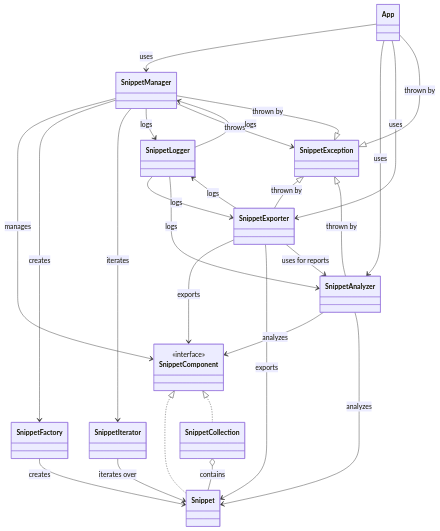
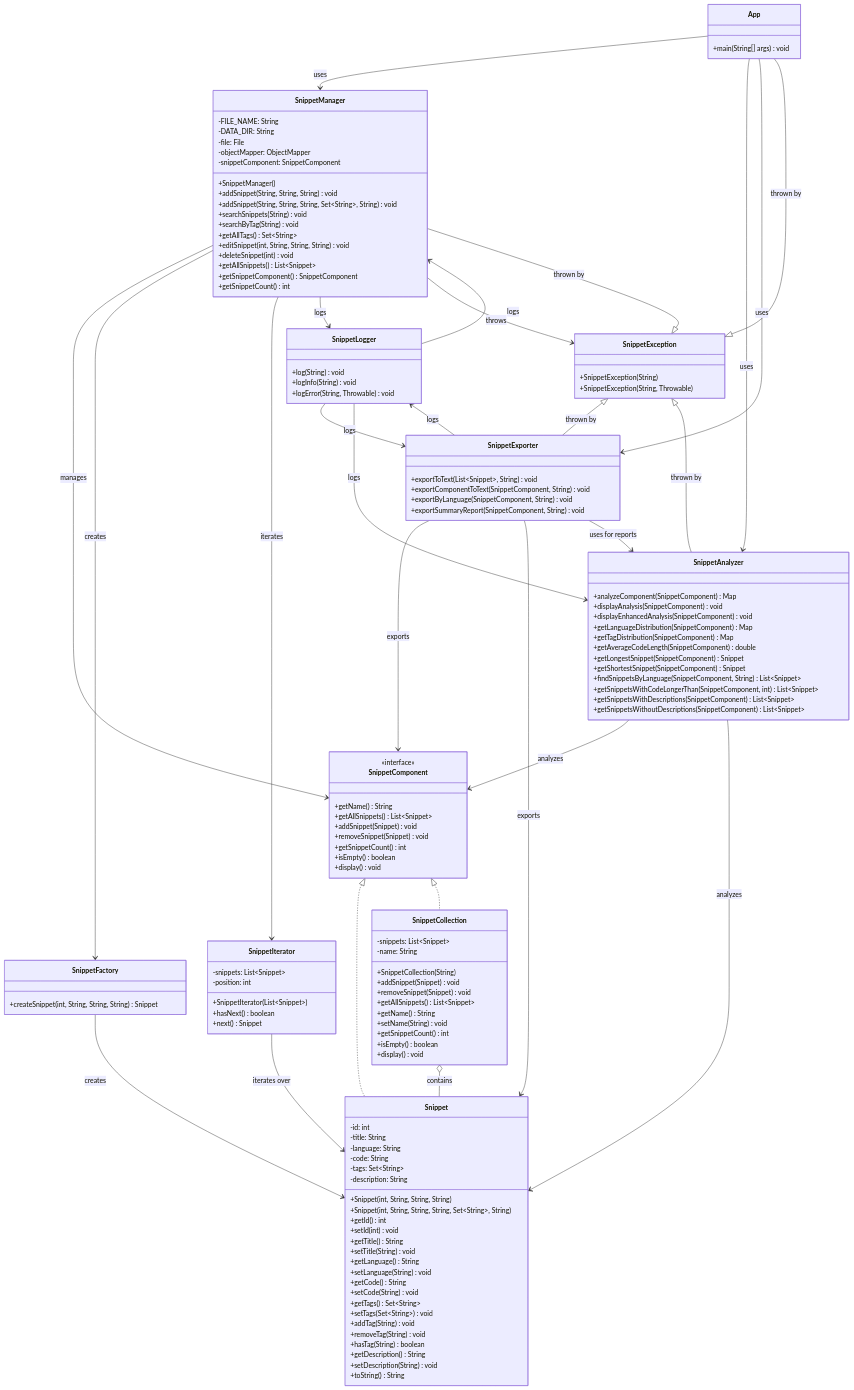
One commit to Dandastino/SnippetOrganizer changed the diagram in README.md. Above: the diagram before and after it, drawn with Mermaid.

Commit message:
README.md updated with the new changes

````diff
--- a/README.md
+++ b/README.md
@@ -157,18 +157,115 @@
 ```mermaid
 classDiagram
     %% Main Classes and Interfaces
-    class App
-    class SnippetManager
-    class SnippetComponent
-    <<interface>> SnippetComponent
-    class Snippet
-    class SnippetCollection
-    class SnippetFactory
-    class SnippetIterator
-    class SnippetAnalyzer
-    class SnippetExporter
-    class SnippetLogger
-    class SnippetException
+    class App {
+        +main(String[] args) void
+    }
+    class SnippetManager {
+        -FILE_NAME: String
+        -DATA_DIR: String
+        -file: File
+        -objectMapper: ObjectMapper
+        -snippetComponent: SnippetComponent
+        +SnippetManager()
+        +addSnippet(String, String, String) void
+        +addSnippet(String, String, String, Set~String~, String) void
+        +searchSnippets(String) void
+        +searchByTag(String) void
+        +getAllTags() Set~String~
+        +editSnippet(int, String, String, String) void
+        +deleteSnippet(int) void
+        +getAllSnippets() List~Snippet~
+        +getSnippetComponent() SnippetComponent
+        +getSnippetCount() int
+    }
+    class SnippetComponent {
+        <<interface>>
+        +getName() String
+        +getAllSnippets() List~Snippet~
+        +addSnippet(Snippet) void
+        +removeSnippet(Snippet) void
+        +getSnippetCount() int
+        +isEmpty() boolean
+        +display() void
+    }
+    class Snippet {
+        -id: int
+        -title: String
+        -language: String
+        -code: String
+        -tags: Set~String~
+        -description: String
+        +Snippet(int, String, String, String)
+        +Snippet(int, String, String, String, Set~String~, String)
+        +getId() int
+        +setId(int) void
+        +getTitle() String
+        +setTitle(String) void
+        +getLanguage() String
+        +setLanguage(String) void
+        +getCode() String
+        +setCode(String) void
+        +getTags() Set~String~
+        +setTags(Set~String~) void
+        +addTag(String) void
+        +removeTag(String) void
+        +hasTag(String) boolean
+        +getDescription() String
+        +setDescription(String) void
+        +toString() String
+    }
+    class SnippetCollection {
+        -snippets: List~Snippet~
+        -name: String
+        +SnippetCollection(String)
+        +addSnippet(Snippet) void
+        +removeSnippet(Snippet) void
+        +getAllSnippets() List~Snippet~
+        +getName() String
+        +setName(String) void
+        +getSnippetCount() int
+        +isEmpty() boolean
+        +display() void
+    }
+    class SnippetFactory {
+        +createSnippet(int, String, String, String) Snippet
+    }
+    class SnippetIterator {
+        -snippets: List~Snippet~
+        -position: int
+        +SnippetIterator(List~Snippet~)
+        +hasNext() boolean
+        +next() Snippet
+    }
+    class SnippetAnalyzer {
+        +analyzeComponent(SnippetComponent) Map
+        +displayAnalysis(SnippetComponent) void
+        +displayEnhancedAnalysis(SnippetComponent) void
+        +getLanguageDistribution(SnippetComponent) Map
+        +getTagDistribution(SnippetComponent) Map
+        +getAverageCodeLength(SnippetComponent) double
+        +getLongestSnippet(SnippetComponent) Snippet
+        +getShortestSnippet(SnippetComponent) Snippet
+        +findSnippetsByLanguage(SnippetComponent, String) List~Snippet~
+        +getSnippetsWithCodeLongerThan(SnippetComponent, int) List~Snippet~
+        +getSnippetsWithDescriptions(SnippetComponent) List~Snippet~
+        +getSnippetsWithoutDescriptions(SnippetComponent) List~Snippet~
+    }
+    class SnippetExporter {
+        +exportToText(List~Snippet~, String) void
+        +exportComponentToText(SnippetComponent, String) void
+        +exportByLanguage(SnippetComponent, String) void
+        +exportSummaryReport(SnippetComponent, String) void
+    }
+    class SnippetLogger {
+        +log(String) void
+        +logInfo(String) void
+        +logError(String, Throwable) void
+    }
+    class SnippetException {
+        +SnippetException(String)
+        +SnippetException(String, Throwable)
+    }
 
     %% Interface Implementation
     SnippetComponent <|.. Snippet
````
